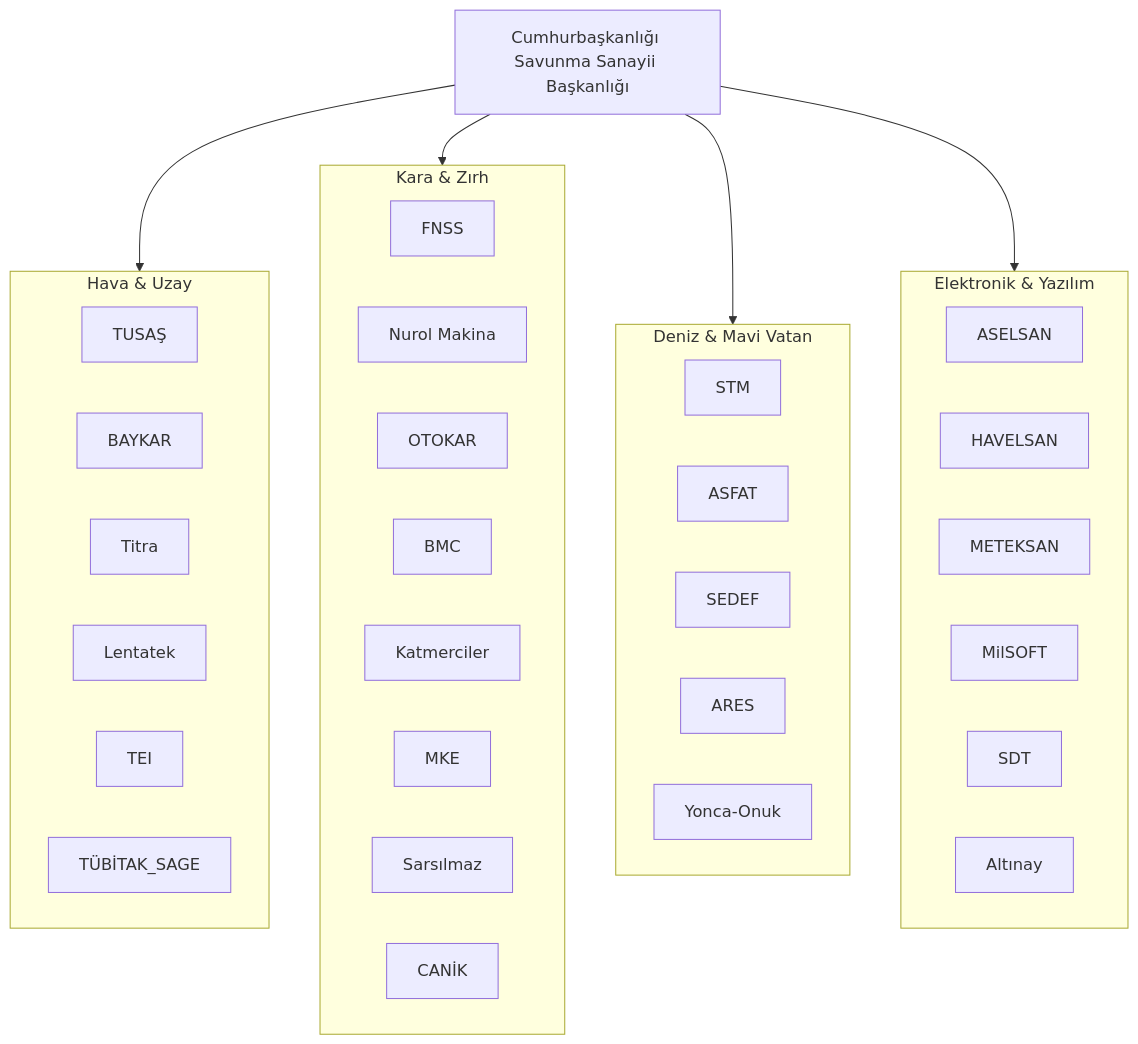
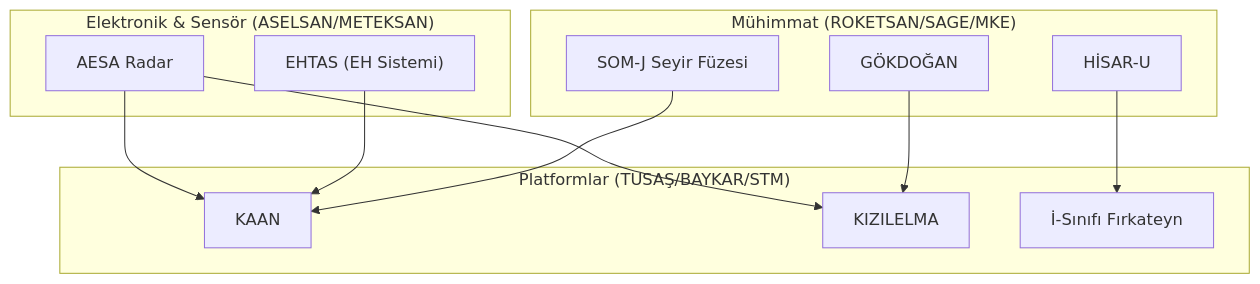
The diagram in README.md (bahattinyunus/Milli-Teknoloji-Envanteri), drawn with Mermaid before and after one commit. The commit also changed other lines of this file and 136 other files, not shown here.

````diff
--- a/README.md
+++ b/README.md
@@ -46,45 +64,26 @@
 ```mermaid
 graph TD
-    SSB["Cumhurbaşkanlığı Savunma Sanayii Başkanlığı"]
-    SSB --> HAVA
-    SSB --> KARA
-    SSB --> DENIZ
-    SSB --> ELEKTRONIK
-    
-    subgraph HAVA ["Hava & Uzay"]
-    TUSAŞ
-    BAYKAR
-    Titra
-    Lentatek
-    TEI
-    TÜBİTAK_SAGE
+    subgraph SENSORS ["Elektronik & Sensör (ASELSAN/METEKSAN)"]
+    E1["AESA Radar"]
+    E2["EHTAS (EH Sistemi)"]
     end
     
-    subgraph KARA ["Kara & Zırh"]
-    FNSS
-    Nurol[Nurol Makina]
-    OTOKAR
-    BMC
-    Katmerciler
-    MKE
-    Sarsılmaz
-    CANİK
+    subgraph PLATFORMS ["Platformlar (TUSAŞ/BAYKAR/STM)"]
+    P1["KAAN"]
+    P2["KIZILELMA"]
+    P3["İ-Sınıfı Fırkateyn"]
     end
     
-    subgraph DENIZ ["Deniz & Mavi Vatan"]
-    STM
-    ASFAT
-    SEDEF
-    ARES
-    Yonca[Yonca-Onuk]
+    subgraph WEAPONS ["Mühimmat (ROKETSAN/SAGE/MKE)"]
+    W1["SOM-J Seyir Füzesi"]
+    W2["HİSAR-U"]
+    W3["GÖKDOĞAN"]
     end
     
-    subgraph ELEKTRONIK ["Elektronik & Yazılım"]
-    ASELSAN
-    HAVELSAN
-    METEKSAN
-    MilSOFT
-    SDT
-    Altınay
-    end
+    E1 --> P1
+    E1 --> P2
+    E2 --> P1
+    W1 --> P1
+    W3 --> P2
+    W2 --> P3
 ```
````
